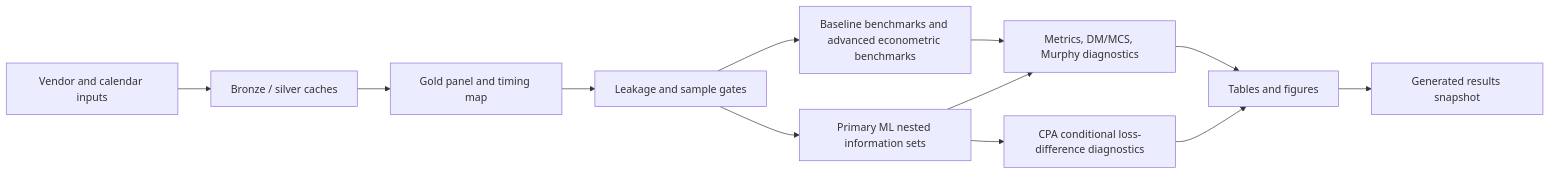
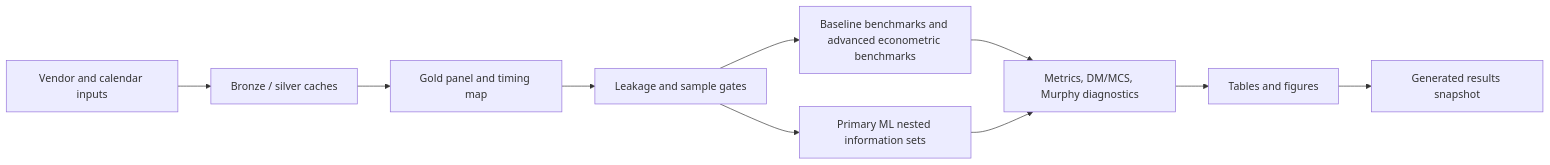
One commit to TY-Cheng/n225-open-gap-tail changed the diagram in docs/results_snapshot.md. Above: the diagram before and after it, drawn with Mermaid. The commit also changed other lines of this file and 40 other files, not shown here.

````diff
--- a/docs/results_snapshot.md
+++ b/docs/results_snapshot.md
@@ -24,14 +24,12 @@
 ```mermaid
 flowchart LR
   A["Vendor and calendar inputs"] --> B["Bronze / silver caches"]
   B --> C["Gold panel and timing map"]
   C --> D["Leakage and sample gates"]
   D --> E["Baseline benchmarks and advanced econometric benchmarks"]
   D --> F["Primary ML nested information sets"]
   E --> G["Metrics, DM/MCS, Murphy diagnostics"]
   F --> G
-  F --> H["CPA conditional loss-difference diagnostics"]
   G --> I["Tables and figures"]
-  H --> I
   I --> J["Generated results snapshot"]
 ```
````
